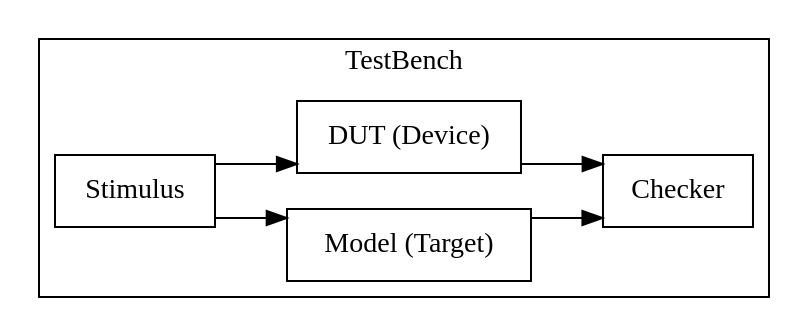
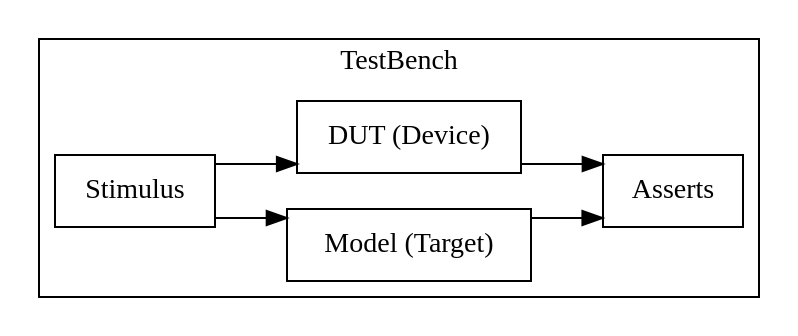
Before and after one commit to PacoReinaCampo/SoC-RTOS: the diagram in doc/book/assets/chapter2/hardware-verification.dot, drawn with Graphviz. The commit also changed 844 other files, not shown here.

```diff
--- a/doc/book/assets/chapter2/hardware-verification.dot
+++ b/doc/book/assets/chapter2/hardware-verification.dot
@@ -1,19 +1,19 @@
 digraph Project {
   // Introduction
   graph [rankdir = LR, splines=ortho];
   node[shape=record];
 
   // Blocks
   subgraph "cluster TestBench" { label = "TestBench";
     Stimulus[shape=box, label="Stimulus"];
     Model[shape=box, label="Model (Target)"];
     DUT[shape=box, label="DUT (Device)"];
-    Checker[shape=box, label="Checker"];
+    Asserts[shape=box, label="Asserts"];
   }
 
   // Sequence
   Stimulus -> Model;
   Stimulus -> DUT;
-  Model -> Checker;
-  DUT -> Checker;
+  Model -> Asserts;
+  DUT -> Asserts;
 }
```
